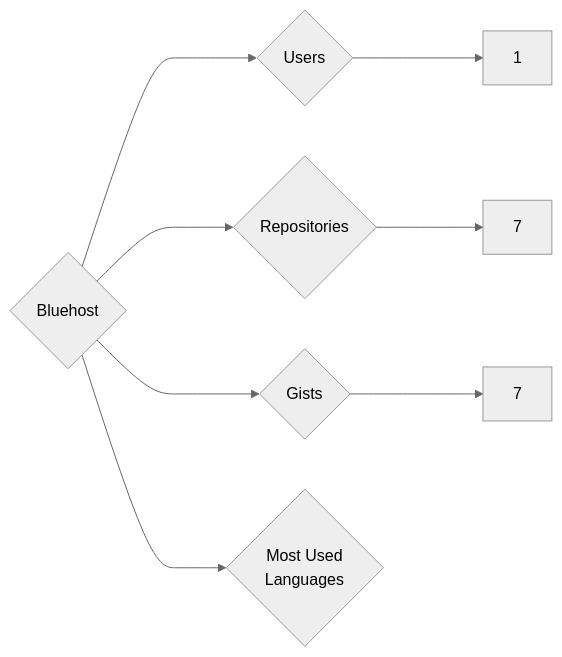
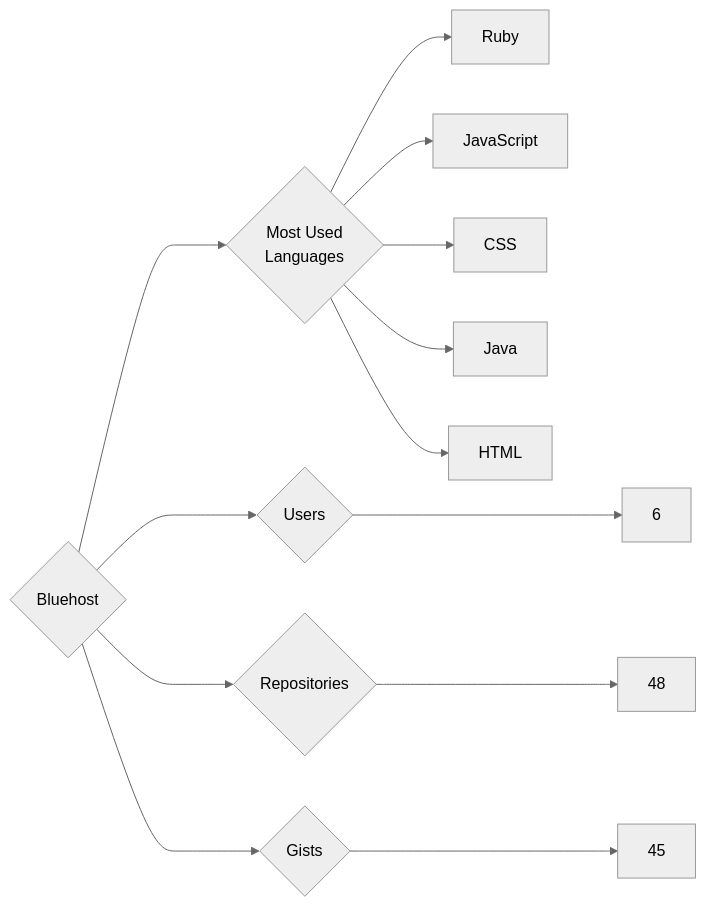
Before and after one commit to trickest/insiders: the diagram in targets/Bluehost/README.md, drawn with Mermaid (neutral theme). The commit also changed 1175 other files, not shown here.

````diff
--- a/targets/Bluehost/README.md
+++ b/targets/Bluehost/README.md
@@ -3,8 +3,13 @@
 ```mermaid
 graph LR
 COMPANY_NAME{Bluehost}
-COMPANY_NAME ---> U{Users} ---> UN[1]
-COMPANY_NAME ---> R{Repositories} ---> RN[7]
-COMPANY_NAME ---> G{Gists} ---> GN[7]
+COMPANY_NAME ---> U{Users} ---> UN[6]
+COMPANY_NAME ---> R{Repositories} ---> RN[48]
+COMPANY_NAME ---> G{Gists} ---> GN[45]
 COMPANY_NAME ---> ML{Most Used<br>Languages}
+ML --> Ruby[Ruby]
+ML --> JavaScript[JavaScript]
+ML --> CSS[CSS]
+ML --> Java[Java]
+ML --> HTML[HTML]
 ```
````
